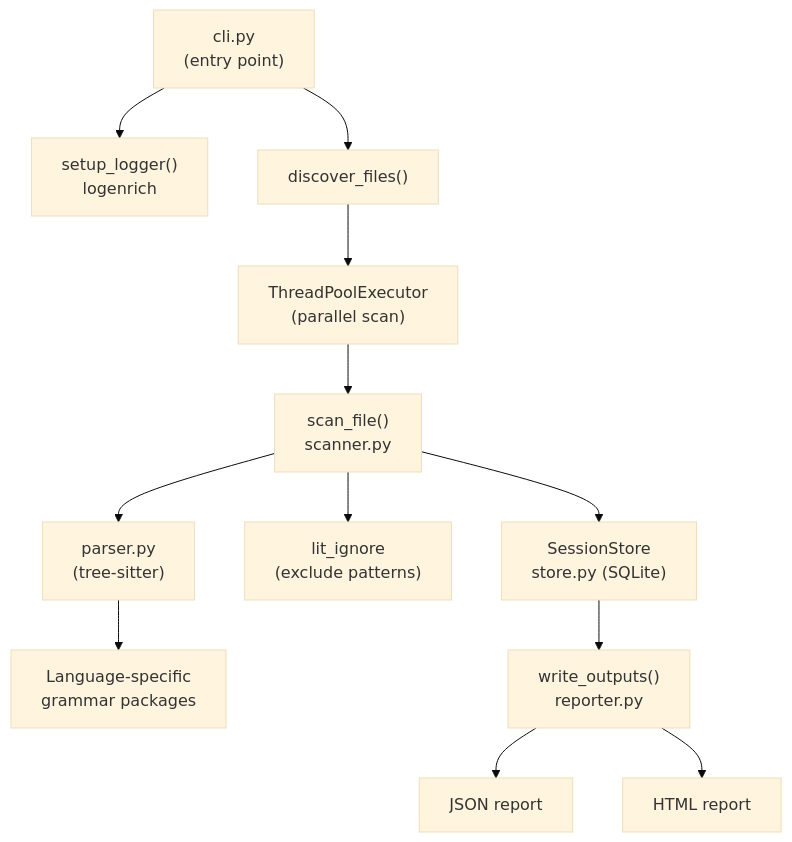
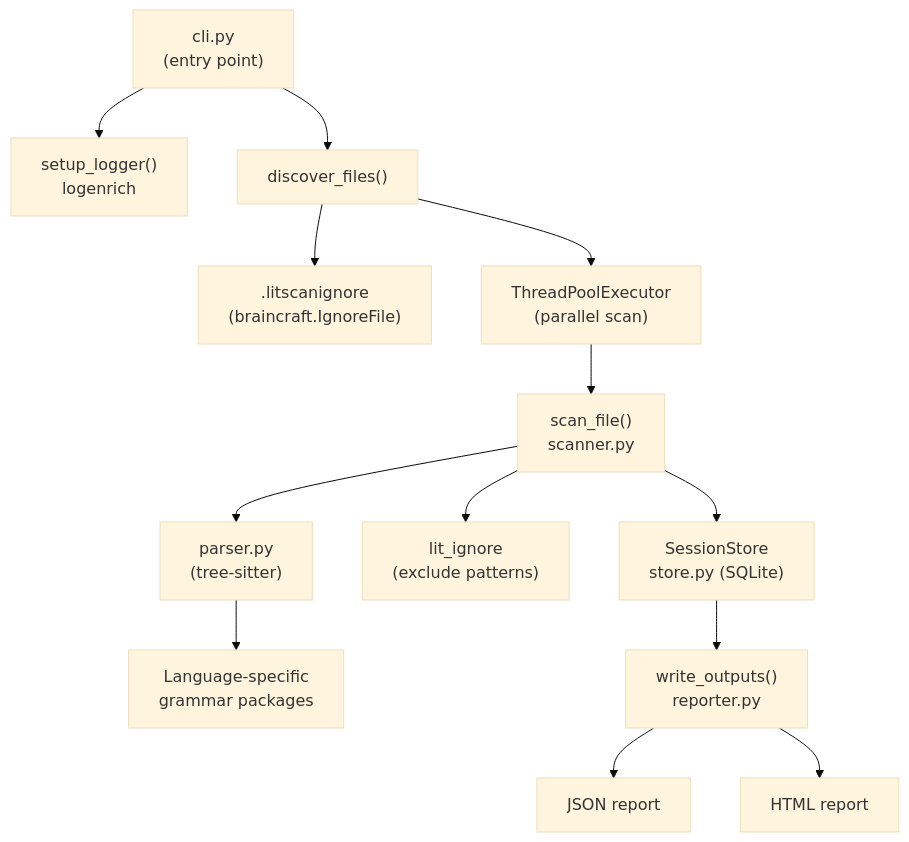
The diagram in README.md (rcw3bb/litscan), drawn with Mermaid (base theme) before and after one commit. The commit also changed other lines of this file and 12 other files, not shown here.

````diff
--- a/README.md
+++ b/README.md
@@ -123,14 +146,15 @@
 ```mermaid
 flowchart TD
     CLI["cli.py\n(entry point)"] --> logenrich["setup_logger()\nlogenrich"]
     CLI --> discover["discover_files()"]
+    discover --> pathignore[".litscanignore\n(braincraft.IgnoreFile)"]
     discover --> concurrent["ThreadPoolExecutor\n(parallel scan)"]
     concurrent --> scan["scan_file()\nscanner.py"]
     scan --> parser["parser.py\n(tree-sitter)"]
     parser --> ts["Language-specific\ngrammar packages"]
     scan --> litignore["lit_ignore\n(exclude patterns)"]
     scan --> store["SessionStore\nstore.py (SQLite)"]
     store --> report["write_outputs()\nreporter.py"]
     report --> JSON["JSON report"]
     report --> HTML["HTML report"]
 ```
````
